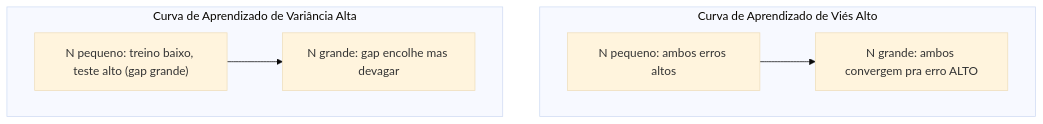
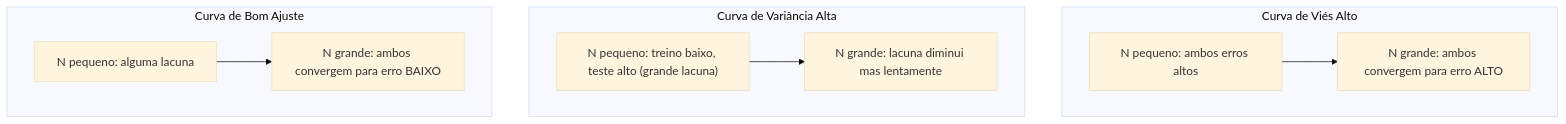
One commit to K3lvin-dev/ai-engineering-from-scratch changed the fourth of 5 diagrams in phases/02-ml-fundamentals/10-bias-variance/docs/pt-br.md. Above: the diagram before and after it, drawn with Mermaid (base theme). The commit also changed other lines of this file and 17 other files, not shown here.

````diff
--- a/phases/02-ml-fundamentals/10-bias-variance/docs/pt-br.md
+++ b/phases/02-ml-fundamentals/10-bias-variance/docs/pt-br.md
@@ -125,16 +200,23 @@
 ```mermaid
 flowchart TD
-    subgraph HB["Curva de Aprendizado de Viés Alto"]
+    subgraph HB["Curva de Viés Alto"]
         direction LR
         HB1["N pequeno: ambos erros altos"]
-        HB2["N grande: ambos convergem pra erro ALTO"]
+        HB2["N grande: ambos convergem para erro ALTO"]
         HB1 --> HB2
     end
 
-    subgraph HV["Curva de Aprendizado de Variância Alta"]
+    subgraph HV["Curva de Variância Alta"]
         direction LR
-        HV1["N pequeno: treino baixo, teste alto (gap grande)"]
-        HV2["N grande: gap encolhe mas devagar"]
+        HV1["N pequeno: treino baixo, teste alto (grande lacuna)"]
+        HV2["N grande: lacuna diminui mas lentamente"]
         HV1 --> HV2
     end
+
+    subgraph GF["Curva de Bom Ajuste"]
+        direction LR
+        GF1["N pequeno: alguma lacuna"]
+        GF2["N grande: ambos convergem para erro BAIXO"]
+        GF1 --> GF2
+    end
 ```
````
